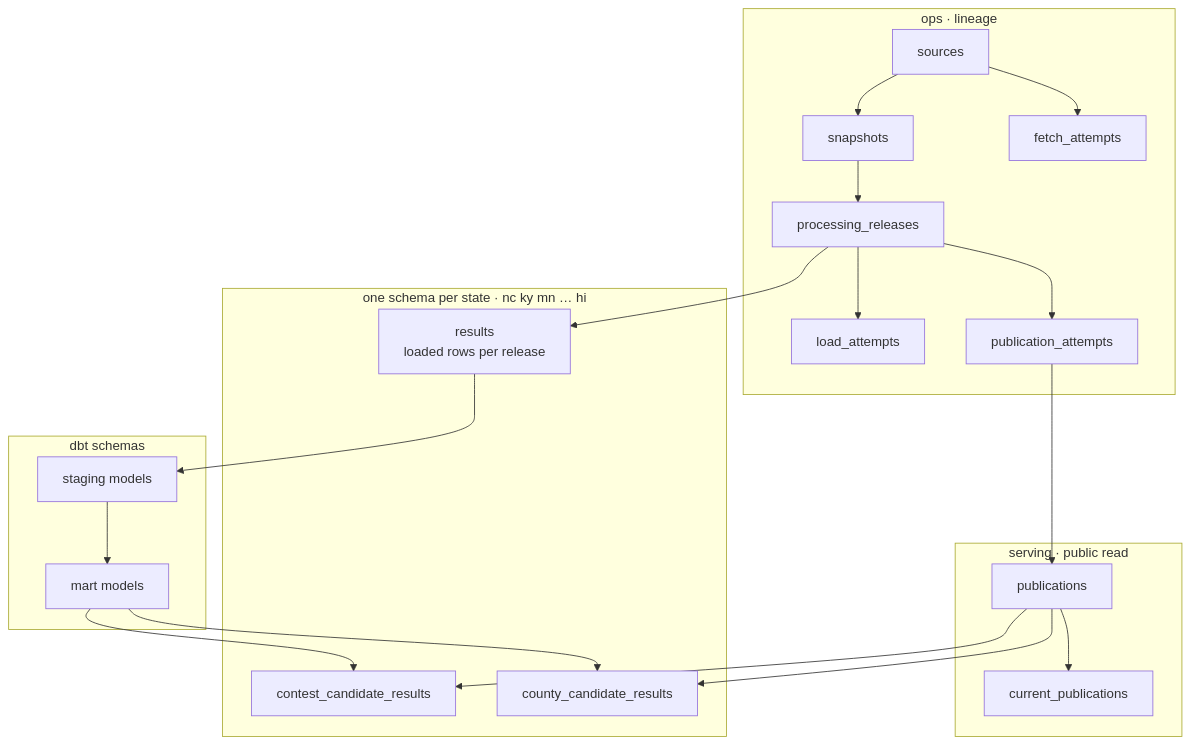
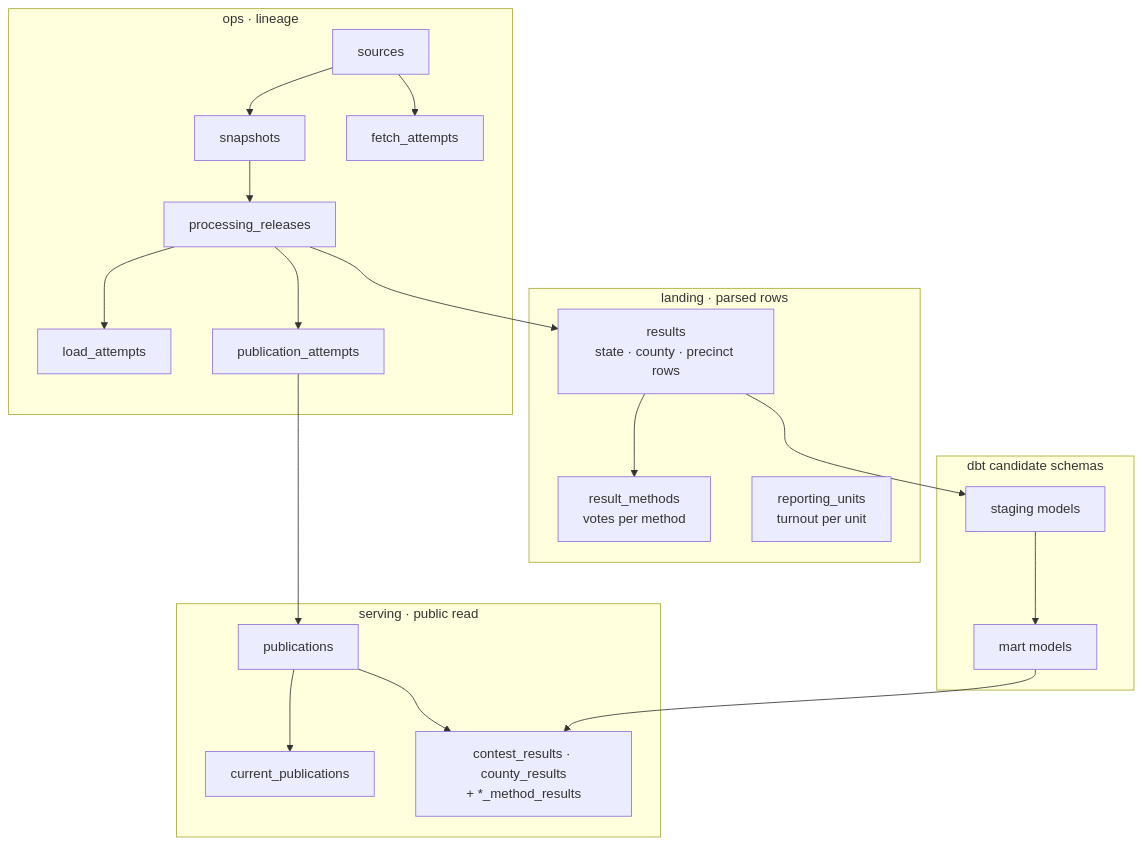
One commit to Naman4561/us-election-results-pipeline changed the second of 5 diagrams in docs/architecture/processing-and-modelling.md. Above: the diagram before and after it, drawn with Mermaid. The commit also changed other lines of this file and 11 other files, not shown here.

First line of the commit message:
refactor: remove dead code, update README and architecture docs

````diff
--- a/docs/architecture/processing-and-modelling.md
+++ b/docs/architecture/processing-and-modelling.md
@@ -38,30 +45,32 @@
 ```mermaid
 flowchart TB
     subgraph ops["ops · lineage"]
         src["sources"]
         snap["snapshots"]
         fetch["fetch_attempts"]
         rel["processing_releases"]
         load["load_attempts"]
         pa["publication_attempts"]
     end
-    subgraph state["one schema per state · nc ky mn … hi"]
-        res["results<br/>loaded rows per release"]
-        con["contest_candidate_results"]
-        cty["county_candidate_results"]
+    subgraph landing["landing · parsed rows"]
+        res["results<br/>state · county · precinct rows"]
+        meth["result_methods<br/>votes per method"]
+        units["reporting_units<br/>turnout per unit"]
     end
-    subgraph analytics["dbt schemas"]
+    subgraph analytics["dbt candidate schemas"]
         stg["staging models"]
         mart["mart models"]
     end
     subgraph serving["serving · public read"]
         pubs["publications"]
         cur["current_publications"]
+        con["contest_results · county_results<br/>+ *_method_results"]
     end
     src --> snap --> rel --> load
     src --> fetch
     rel --> res --> stg --> mart
+    res --> meth
     rel --> pa --> pubs --> cur
-    mart --> con & cty
-    pubs --> con & cty
+    mart --> con
+    pubs --> con
 ```
````
